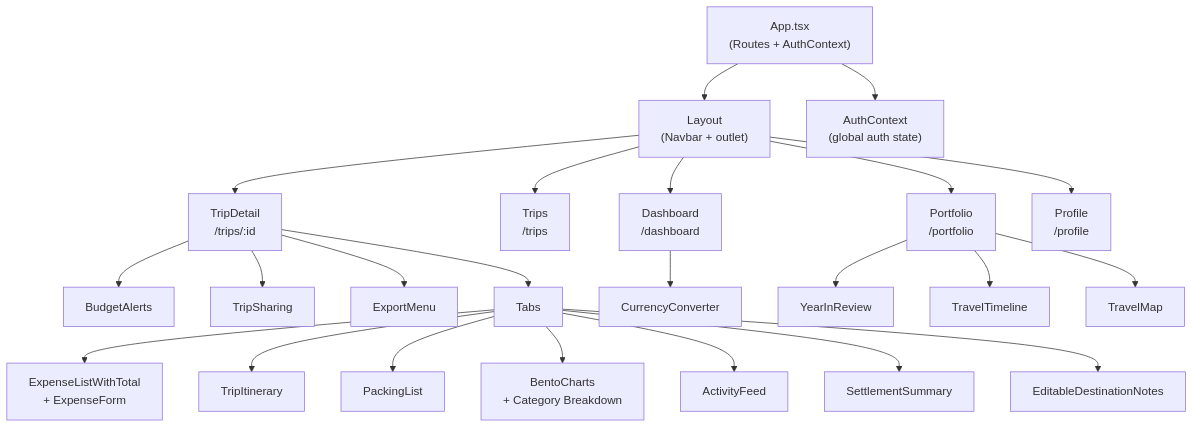
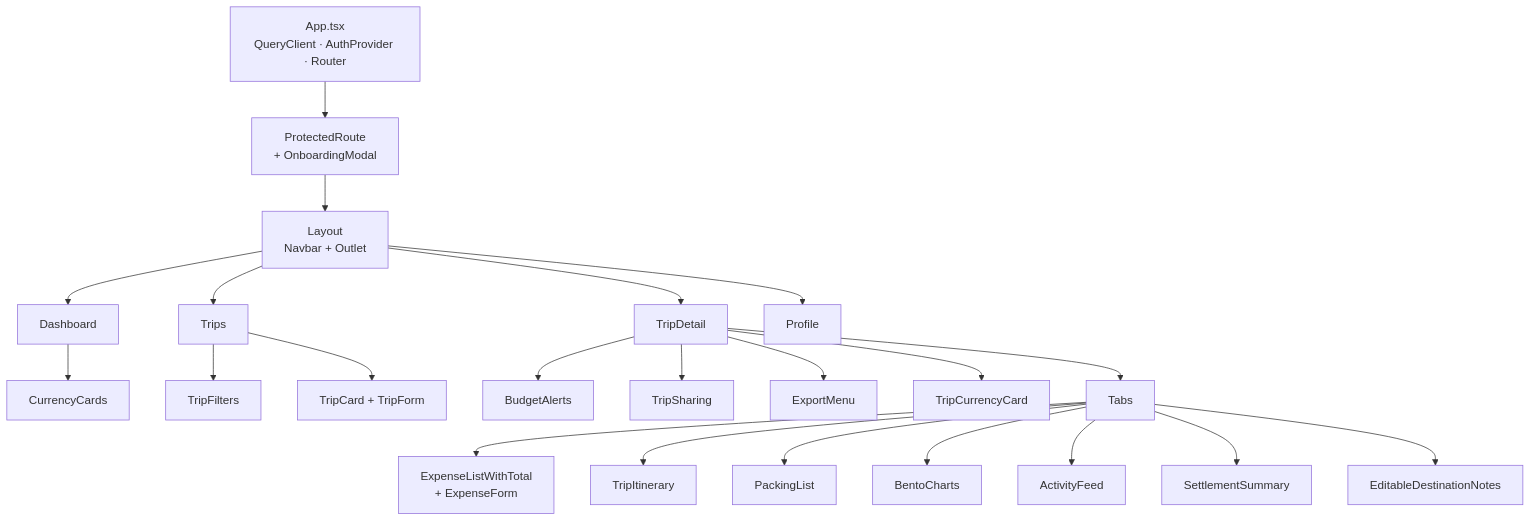
Diagram 12 of 16 in portfolio-react/public/docs/travelluhh.md (snsyaqirah/snsyaqirah.github.io), drawn with Mermaid before and after one commit. The commit also changed other lines of this file and 101 other files, not shown here.

````diff
--- a/portfolio-react/public/docs/travelluhh.md
+++ b/portfolio-react/public/docs/travelluhh.md
@@ -460,29 +485,28 @@
 ```mermaid
 graph TD
-    App["App.tsx\n(Routes + AuthContext)"]
-    App --> LAYOUT["Layout\n(Navbar + outlet)"]
-    App --> AUTH_CTX["AuthContext\n(global auth state)"]
-    LAYOUT --> DASH["Dashboard\n/dashboard"]
-    LAYOUT --> TRIPS["Trips\n/trips"]
-    LAYOUT --> TD["TripDetail\n/trips/:id"]
-    LAYOUT --> PORT["Portfolio\n/portfolio"]
-    LAYOUT --> PROF["Profile\n/profile"]
+    App["App.tsx<br/>QueryClient · AuthProvider · Router"]
+    App --> PR["ProtectedRoute<br/>+ OnboardingModal"]
+    PR --> LAYOUT["Layout<br/>Navbar + Outlet"]
+    LAYOUT --> DASH["Dashboard"]
+    LAYOUT --> TRIPS["Trips"]
+    LAYOUT --> TD["TripDetail"]
+    LAYOUT --> PROF["Profile"]
+
+    DASH --> CC["CurrencyCards"]
+    TRIPS --> TF["TripFilters"]
+    TRIPS --> TC["TripCard + TripForm"]
 
     TD --> BUD["BudgetAlerts"]
     TD --> SHARE["TripSharing"]
     TD --> EXPORT["ExportMenu"]
+    TD --> TCC["TripCurrencyCard"]
     TD --> TABS["Tabs"]
 
-    TABS --> EXP["ExpenseListWithTotal\n+ ExpenseForm"]
+    TABS --> EXP["ExpenseListWithTotal<br/>+ ExpenseForm"]
     TABS --> ITIN["TripItinerary"]
     TABS --> PACK["PackingList"]
-    TABS --> CHART["BentoCharts\n+ Category Breakdown"]
+    TABS --> CHART["BentoCharts"]
     TABS --> ACT["ActivityFeed"]
     TABS --> SETTLE["SettlementSummary"]
     TABS --> NOTES["EditableDestinationNotes"]
-
-    DASH --> CC["CurrencyConverter"]
-    PORT --> YIR["YearInReview"]
-    PORT --> TL["TravelTimeline"]
-    PORT --> MAP["TravelMap"]
 ```
````
